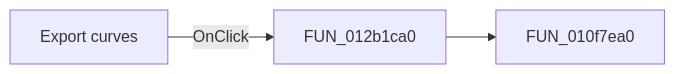
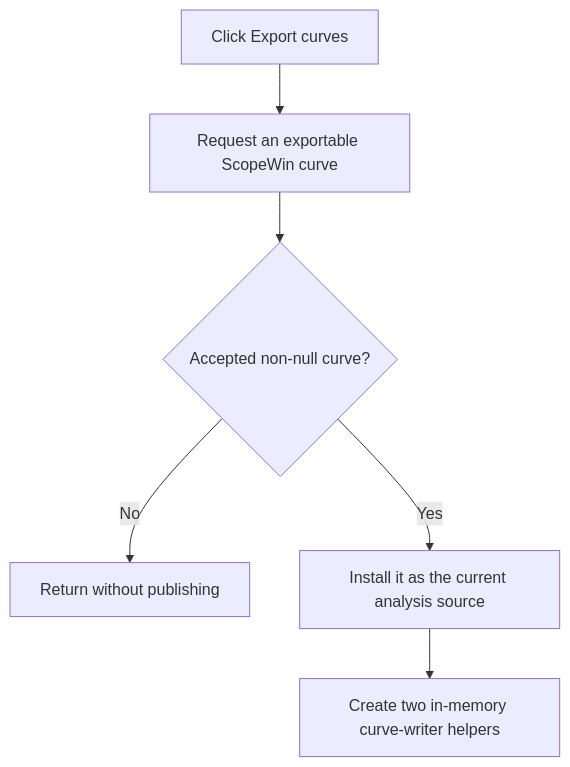
One commit to MovGP0/TIARA changed the diagram in docs/ui-controls/scopewin/fdatasavebtn-a32215ea9d.md. Above: the diagram before and after it, drawn with Mermaid. The commit also changed other lines of this file and 1062 other files, not shown here.

````diff
--- a/docs/ui-controls/scopewin/fdatasavebtn-a32215ea9d.md
+++ b/docs/ui-controls/scopewin/fdatasavebtn-a32215ea9d.md
@@ -27,5 +31,8 @@
 ```mermaid
-flowchart LR
-    control["Export curves"] -->|OnClick| handler["FUN_012b1ca0"]
-    handler --> call1["FUN_010f7ea0"]
+flowchart TD
+    control["Click Export curves"] --> curve["Request an exportable ScopeWin curve"]
+    curve --> usable{"Accepted non-null curve?"}
+    usable -->|No| noAction["Return without publishing"]
+    usable -->|Yes| publish["Install it as the current analysis source"]
+    publish --> writers["Create two in-memory curve-writer helpers"]
 ```
````
